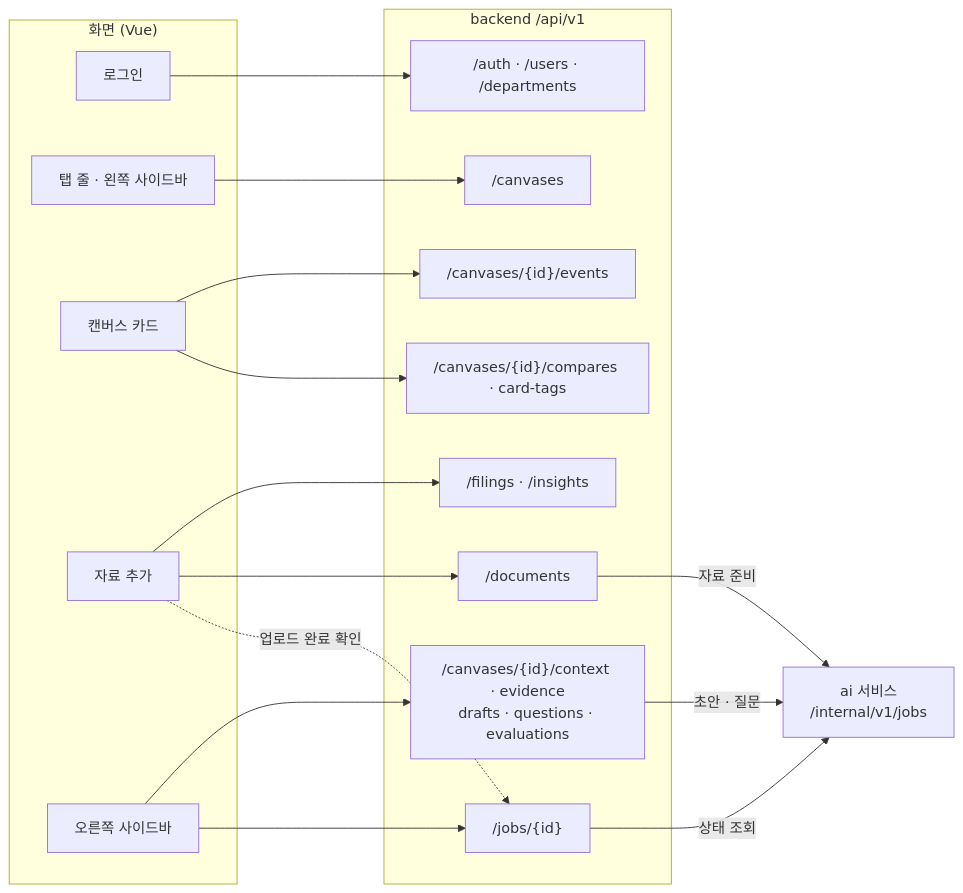
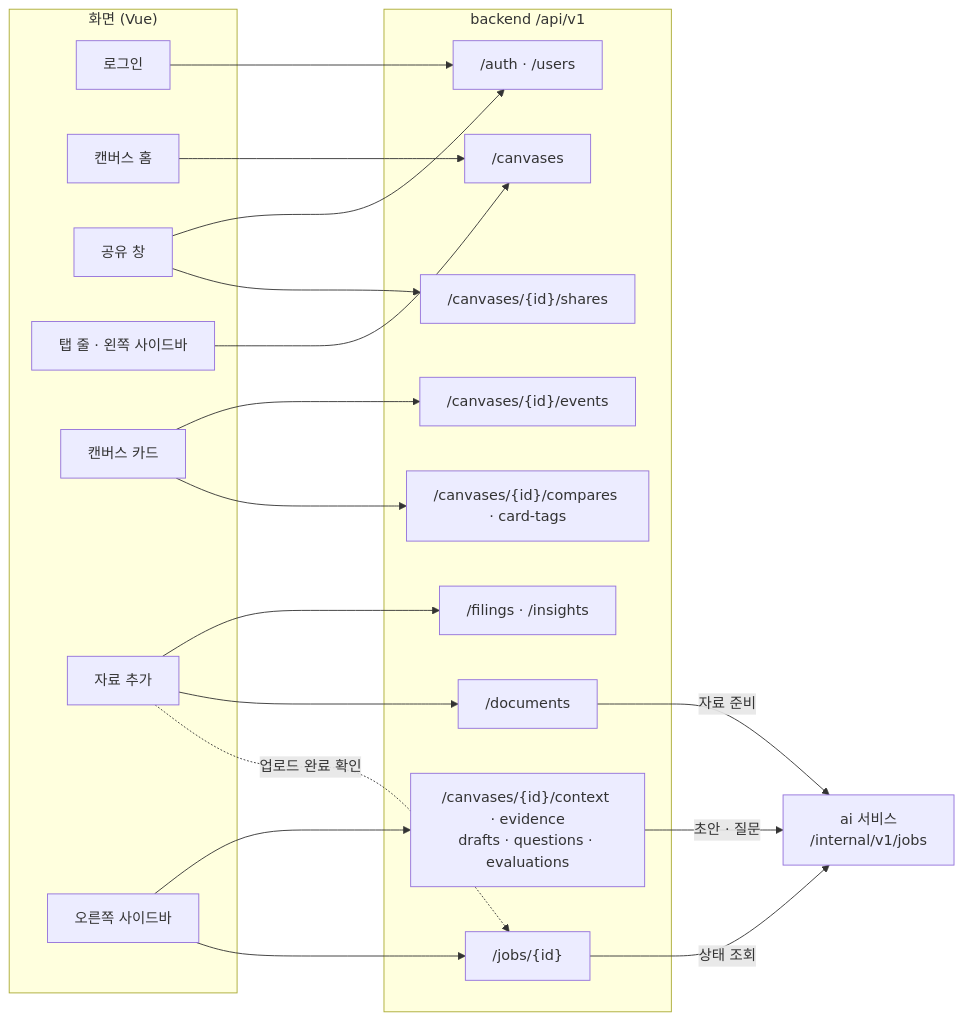
Before and after one commit to vamos-team/telescope: the first of 7 diagrams in docs/frontend/api-diagram.md, drawn with Mermaid. The commit also changed other lines of this file and 2 other files, not shown here.

````diff
--- a/docs/frontend/api-diagram.md
+++ b/docs/frontend/api-diagram.md
@@ -7,36 +7,42 @@
 ```mermaid
 flowchart LR
   subgraph FE["화면 (Vue)"]
     L[로그인]
+    H[캔버스 홈]
+    SH[공유 창]
     T[탭 줄 · 왼쪽 사이드바]
     C[캔버스 카드]
     S[자료 추가]
     R[오른쪽 사이드바]
   end
 
   subgraph API["backend /api/v1"]
-    AU["/auth · /users · /departments"]
+    AU["/auth · /users"]
     CV["/canvases"]
+    SHR["/canvases/{id}/shares"]
     EV["/canvases/{id}/events"]
     CMP["/canvases/{id}/compares · card-tags"]
     FL["/filings · /insights"]
     DC["/documents"]
     OUT["/canvases/{id}/context · evidence<br/>drafts · questions · evaluations"]
     JB["/jobs/{id}"]
   end
 
   AI["ai 서비스<br/>/internal/v1/jobs"]
 
   L --> AU
+  H --> CV
+  SH --> AU
+  SH --> SHR
   T --> CV
   C --> EV
   C --> CMP
   S --> FL
   S --> DC
   R --> OUT
   R --> JB
   S -. 업로드 완료 확인 .-> JB
   DC -- 자료 준비 --> AI
   OUT -- 초안 · 질문 --> AI
   JB -- 상태 조회 --> AI
 ```
````
